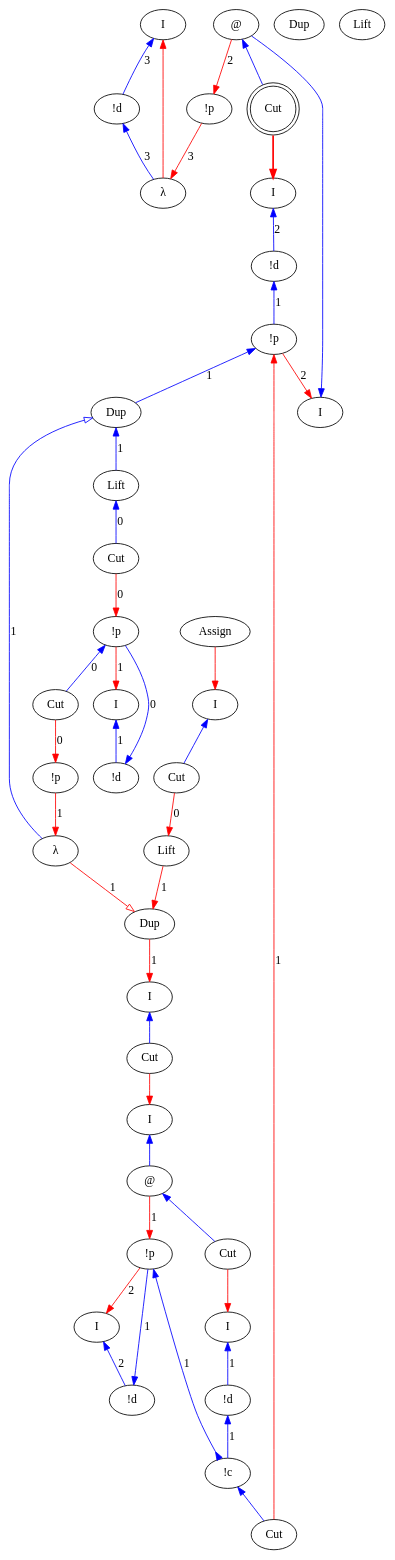
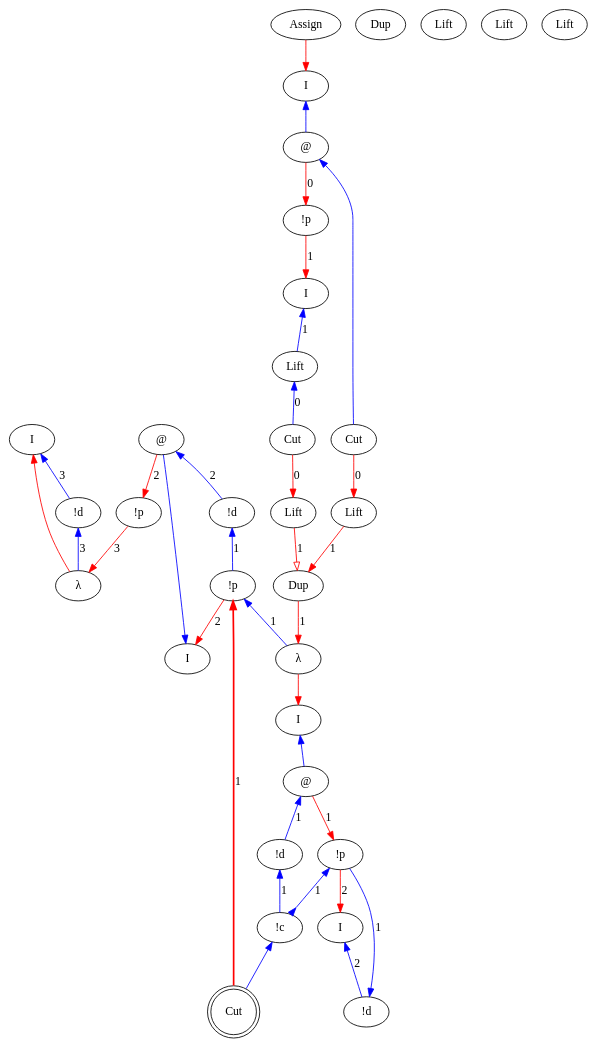
The diagram in src/core/graphs/example_m_11_l.dot (Mathnerd314/stroscot), drawn with Graphviz before and after one commit. The commit also changed 88 other files, not shown here.

```diff
--- a/src/core/graphs/example_m_11_l.dot
+++ b/src/core/graphs/example_m_11_l.dot
@@ -1,83 +1,68 @@
 digraph {
 rankdir="TB"
 "I0" [label="I"]
 "!d1" [label="!d"]
 "λ2" [label="λ"]
 "!p3" [label="!p"]
 "I4" [label="I"]
 "@5" [label="@"]
-"I6" [label="I"]
-"!d7" [label="!d"]
-"Cut8" [label="Cut",shape=doublecircle]
-"!p9" [label="!p"]
-"I10" [label="I"]
+"!d6" [label="!d"]
+"!p7" [label="!p"]
+"I8" [label="I"]
+"!d9" [label="!d"]
+"!p10" [label="!p"]
 "I11" [label="I"]
-"!d12" [label="!d"]
-"!p13" [label="!p"]
-"I14" [label="I"]
-"@15" [label="@"]
+"@12" [label="@"]
+"!d13" [label="!d"]
+"!c14" [label="!c"]
+"λ15" [label="λ"]
 "I16" [label="I"]
-"!d17" [label="!d"]
-"Cut18" [label="Cut"]
-"!c19" [label="!c"]
-"I20" [label="I"]
-"!d21" [label="!d"]
-"!p22" [label="!p"]
-"I23" [label="I"]
-"Assign24" [label="Assign"]
-"Cut25" [label="Cut"]
+"I17" [label="I"]
+"@18" [label="@"]
+"Assign19" [label="Assign"]
+"Dup20" [label="Dup"]
+"Dup21" [label="Dup"]
+"Cut22" [label="Cut"]
+"Lift23" [label="Lift"]
+"Lift24" [label="Lift"]
+"!p25" [label="!p"]
 "Cut26" [label="Cut"]
-"!p27" [label="!p"]
-"Cut28" [label="Cut"]
-"λ29" [label="λ"]
-"Dup30" [label="Dup"]
-"Dup31" [label="Dup"]
-"Dup32" [label="Dup"]
-"Lift33" [label="Lift"]
-"Lift34" [label="Lift"]
-"Lift35" [label="Lift"]
-"Cut36" [label="Cut"]
-"Cut37" [label="Cut"]
-"Dup31" -> "Lift34"[color=blue,weight=1,tooltip="h101",label="1",arrowtail=normal,arrowhead=none,dir=both]
-"Dup31" -> "λ29"[color=blue,weight=1,tooltip="h105",label="1",arrowtail=onormal,arrowhead=none,dir=both]
-"Lift34" -> "Cut36"[color=blue,weight=1,tooltip="h109",label="0",arrowtail=normal,arrowhead=none,dir=both]
-"!p9" -> "Dup31"[color=blue,weight=1,tooltip="h34",label="1",arrowtail=normal,arrowhead=none,dir=both]
-"!d7" -> "!p9"[color=blue,weight=1,tooltip="hf65",label="1",arrowtail=normal,arrowhead=none,dir=both]
-"I6" -> "!d7"[color=blue,weight=1,tooltip="hret73",label="2",arrowtail=normal,arrowhead=none,dir=both]
+"Lift27" [label="Lift"]
+"Lift28" [label="Lift"]
+"Lift29" [label="Lift"]
+"Lift30" [label="Lift"]
+"Cut31" [label="Cut",shape=doublecircle]
+"!p7" -> "λ15"[color=blue,weight=1,tooltip="h34",label="1",arrowtail=normal,arrowhead=none,dir=both]
+"!d6" -> "!p7"[color=blue,weight=1,tooltip="hf65",label="1",arrowtail=normal,arrowhead=none,dir=both]
 "!d1" -> "λ2"[color=blue,weight=1,tooltip="i81",label="3",arrowtail=normal,arrowhead=none,dir=both]
 "I0" -> "!d1"[color=blue,weight=1,tooltip="iret84",label="3",arrowtail=normal,arrowhead=none,dir=both]
-"I23" -> "Cut37"[color=blue,weight=1,tooltip="lret19",arrowtail=normal,arrowhead=none,dir=both]
-"I14" -> "@15"[color=blue,weight=1,tooltip="lret53",arrowtail=normal,arrowhead=none,dir=both]
-"I10" -> "Cut26"[color=blue,weight=1,tooltip="lret62",arrowtail=normal,arrowhead=none,dir=both]
+"I17" -> "@18"[color=blue,weight=1,tooltip="lret19",arrowtail=normal,arrowhead=none,dir=both]
+"I11" -> "@12"[color=blue,weight=1,tooltip="lret53",arrowtail=normal,arrowhead=none,dir=both]
 "I4" -> "@5"[color=blue,weight=1,tooltip="lret75",arrowtail=normal,arrowhead=none,dir=both]
-"@15" -> "Cut18"[color=blue,weight=1,tooltip="lval48",arrowtail=normal,arrowhead=none,dir=both]
-"@5" -> "Cut8"[color=blue,weight=1,tooltip="lval70",arrowtail=normal,arrowhead=none,dir=both]
-"Cut36" -> "!p22"[color=red,weight=2,tooltip="newrret18",label="0",arrowhead=normal,arrowtail=none,dir=both]
-"@15" -> "!p13"[color=red,weight=2,tooltip="newrret52",label="1",arrowhead=normal,arrowtail=none,dir=both]
-"Cut25" -> "!p9"[color=red,weight=2,tooltip="newrret61",label="1",arrowhead=normal,arrowtail=none,dir=both]
+"@18" -> "Cut22"[color=blue,weight=1,tooltip="lval14",arrowtail=normal,arrowhead=none,dir=both]
+"@12" -> "!d13"[color=blue,weight=1,tooltip="lval48",label="1",arrowtail=normal,arrowhead=none,dir=both]
+"@5" -> "!d6"[color=blue,weight=1,tooltip="lval70",label="2",arrowtail=normal,arrowhead=none,dir=both]
+"@18" -> "!p25"[color=red,weight=2,tooltip="newrret18",label="0",arrowhead=normal,arrowtail=none,dir=both]
+"@12" -> "!p10"[color=red,weight=2,tooltip="newrret52",label="1",arrowhead=normal,arrowtail=none,dir=both]
+"Cut31" -> "!p7"[color=red,weight=2,tooltip="newrret61",label="1",arrowhead=normal,arrowtail=none,penwidth=2,dir=both]
 "@5" -> "!p3"[color=red,weight=2,tooltip="newrret74",label="2",arrowhead=normal,arrowtail=none,dir=both]
-"Cut28" -> "!p27"[color=red,weight=2,tooltip="newrret94",label="0",arrowhead=normal,arrowtail=none,dir=both]
-"!p22" -> "I20"[color=red,weight=2,tooltip="newrretf23",label="1",arrowhead=normal,arrowtail=none,dir=both]
-"!p13" -> "I11"[color=red,weight=2,tooltip="newrretf57",label="2",arrowhead=normal,arrowtail=none,dir=both]
-"!p9" -> "I4"[color=red,weight=2,tooltip="newrretf66",label="2",arrowhead=normal,arrowtail=none,dir=both]
+"!p25" -> "I16"[color=red,weight=2,tooltip="newrretf23",label="1",arrowhead=normal,arrowtail=none,dir=both]
+"Dup21" -> "λ15"[color=red,weight=2,tooltip="newrretf31",label="1",arrowhead=normal,arrowtail=none,dir=both]
+"!p10" -> "I8"[color=red,weight=2,tooltip="newrretf57",label="2",arrowhead=normal,arrowtail=none,dir=both]
+"!p7" -> "I4"[color=red,weight=2,tooltip="newrretf66",label="2",arrowhead=normal,arrowtail=none,dir=both]
 "!p3" -> "λ2"[color=red,weight=2,tooltip="newrretf78",label="3",arrowhead=normal,arrowtail=none,dir=both]
-"!p27" -> "λ29"[color=red,weight=2,tooltip="newrretf92",label="1",arrowhead=normal,arrowtail=none,dir=both]
-"Lift35" -> "Dup32"[color=red,weight=2,tooltip="ret102",label="1",arrowhead=normal,arrowtail=none,dir=both]
-"λ29" -> "Dup32"[color=red,weight=2,tooltip="ret106",label="1",arrowhead=onormal,arrowtail=none,dir=both]
-"Cut37" -> "Lift35"[color=red,weight=2,tooltip="ret110",label="0",arrowhead=normal,arrowtail=none,dir=both]
-"Dup32" -> "I10"[color=red,weight=2,tooltip="ret35",label="1",arrowhead=normal,arrowtail=none,dir=both]
-"Cut26" -> "I14"[color=red,weight=2,tooltip="ret42",arrowhead=normal,arrowtail=none,dir=both]
-"Assign24" -> "I23"[color=red,weight=2,tooltip="ret8",arrowhead=normal,arrowtail=none,dir=both]
+"Lift24" -> "Dup21"[color=red,weight=2,tooltip="newrretf87",label="1",arrowhead=normal,arrowtail=none,dir=both]
+"Lift30" -> "Dup21"[color=red,weight=2,tooltip="newrretf91",label="1",arrowhead=onormal,arrowtail=none,dir=both]
+"λ15" -> "I11"[color=red,weight=2,tooltip="ret42",arrowhead=normal,arrowtail=none,dir=both]
+"Assign19" -> "I17"[color=red,weight=2,tooltip="ret8",arrowhead=normal,arrowtail=none,dir=both]
 "λ2" -> "I0"[color=red,weight=2,tooltip="ret82",arrowhead=normal,arrowtail=none,dir=both]
-"Cut18" -> "I16"[color=red,weight=2,tooltip="rval49",arrowhead=normal,arrowtail=none,dir=both]
-"Cut8" -> "I6"[color=red,weight=2,tooltip="rval71",arrowhead=normal,arrowtail=none,penwidth=2,dir=both]
-"!p22" -> "Cut28"[color=blue,weight=1,tooltip="xB10",label="0",arrowtail=normal,arrowhead=none,dir=both]
-"!d21" -> "!p22"[color=blue,weight=1,tooltip="xBf22",label="0",arrowtail=normal,arrowhead=none,dir=both]
-"I20" -> "!d21"[color=blue,weight=1,tooltip="xret26",label="1",arrowtail=normal,arrowhead=none,dir=both]
-"!c19" -> "Cut25"[color=blue,weight=1,tooltip="y41",arrowtail=normal,arrowhead=none,dir=both]
-"!d17" -> "!c19"[color=blue,weight=1,tooltip="yA43",label="1",arrowtail=normal,arrowhead=none,dir=both]
-"!p13" -> "!c19"[color=blue,weight=1,tooltip="yB44",label="1",arrowtail=normal,arrowhead=inv,dir=both]
-"!d12" -> "!p13"[color=blue,weight=1,tooltip="yBf56",label="1",arrowtail=normal,arrowhead=none,dir=both]
-"I16" -> "!d17"[color=blue,weight=1,tooltip="yret51",label="1",arrowtail=normal,arrowhead=none,dir=both]
-"I11" -> "!d12"[color=blue,weight=1,tooltip="yret60",label="2",arrowtail=normal,arrowhead=none,dir=both]
+"Lift29" -> "Cut26"[color=blue,weight=1,tooltip="seqDE104",label="0",arrowtail=normal,arrowhead=none,dir=both]
+"Cut26" -> "Lift30"[color=red,weight=2,tooltip="seqDM102",label="0",arrowhead=normal,arrowtail=none,dir=both]
+"Cut22" -> "Lift24"[color=red,weight=2,tooltip="seqDM96",label="0",arrowhead=normal,arrowtail=none,dir=both]
+"I16" -> "Lift29"[color=blue,weight=1,tooltip="xret26",label="1",arrowtail=normal,arrowhead=none,dir=both]
+"!c14" -> "Cut31"[color=blue,weight=1,tooltip="y41",arrowtail=normal,arrowhead=none,dir=both]
+"!d13" -> "!c14"[color=blue,weight=1,tooltip="yA43",label="1",arrowtail=normal,arrowhead=none,dir=both]
+"!p10" -> "!c14"[color=blue,weight=1,tooltip="yB44",label="1",arrowtail=normal,arrowhead=inv,dir=both]
+"!d9" -> "!p10"[color=blue,weight=1,tooltip="yBf56",label="1",arrowtail=normal,arrowhead=none,dir=both]
+"I8" -> "!d9"[color=blue,weight=1,tooltip="yret60",label="2",arrowtail=normal,arrowhead=none,dir=both]
 }
```
